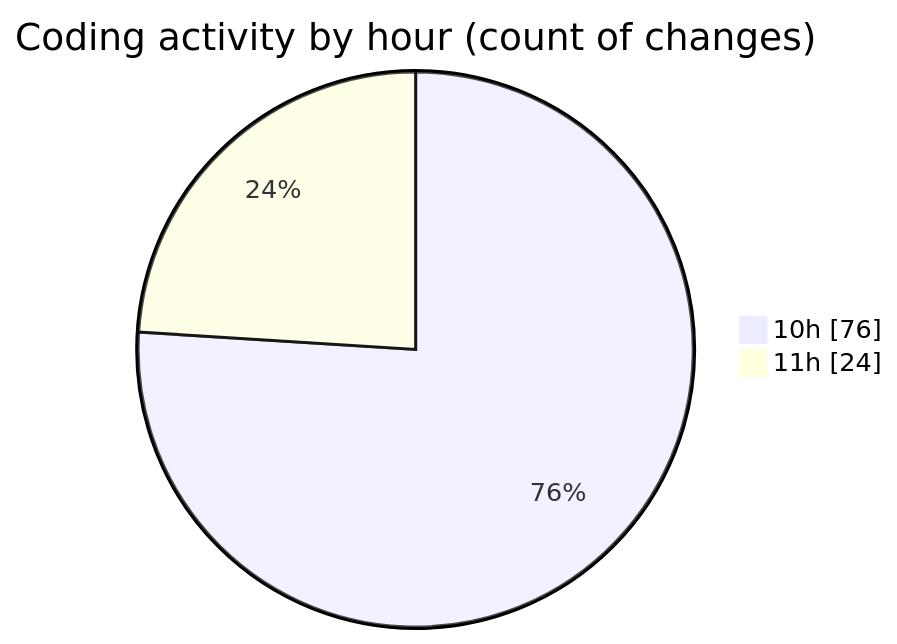
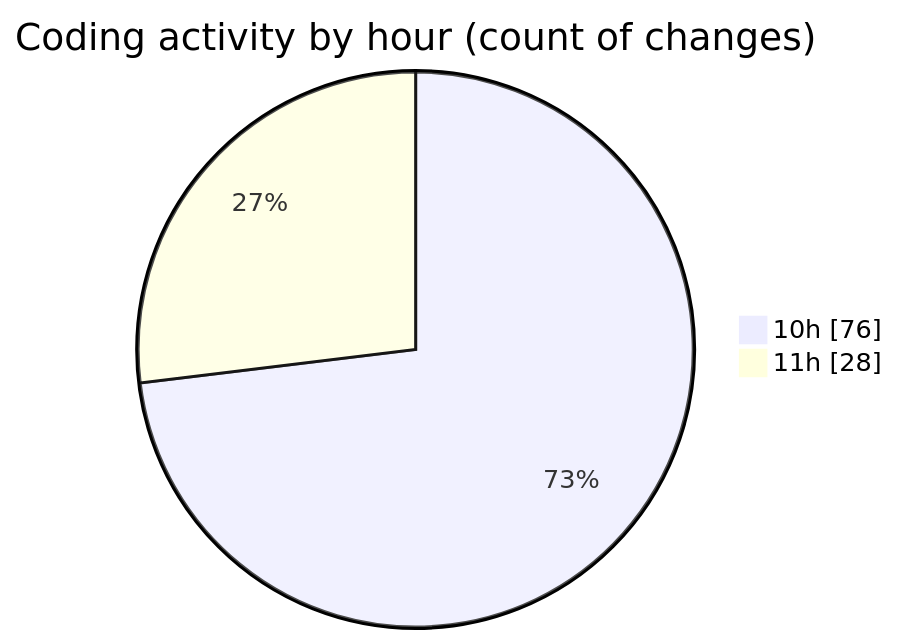
Before and after one commit to lephambinh05/code-tracking: the second of 2 diagrams in 2025-08-18/vps-v1/README.md, drawn with Mermaid. The commit also changed other lines of this file and 1 other file, not shown here.

````diff
--- a/2025-08-18/vps-v1/README.md
+++ b/2025-08-18/vps-v1/README.md
@@ -87,6 +89,6 @@
 ```mermaid
 pie showData
 title Coding activity by hour (count of changes)
 "10h" : 76
-"11h" : 24
+"11h" : 28
 ```
````
